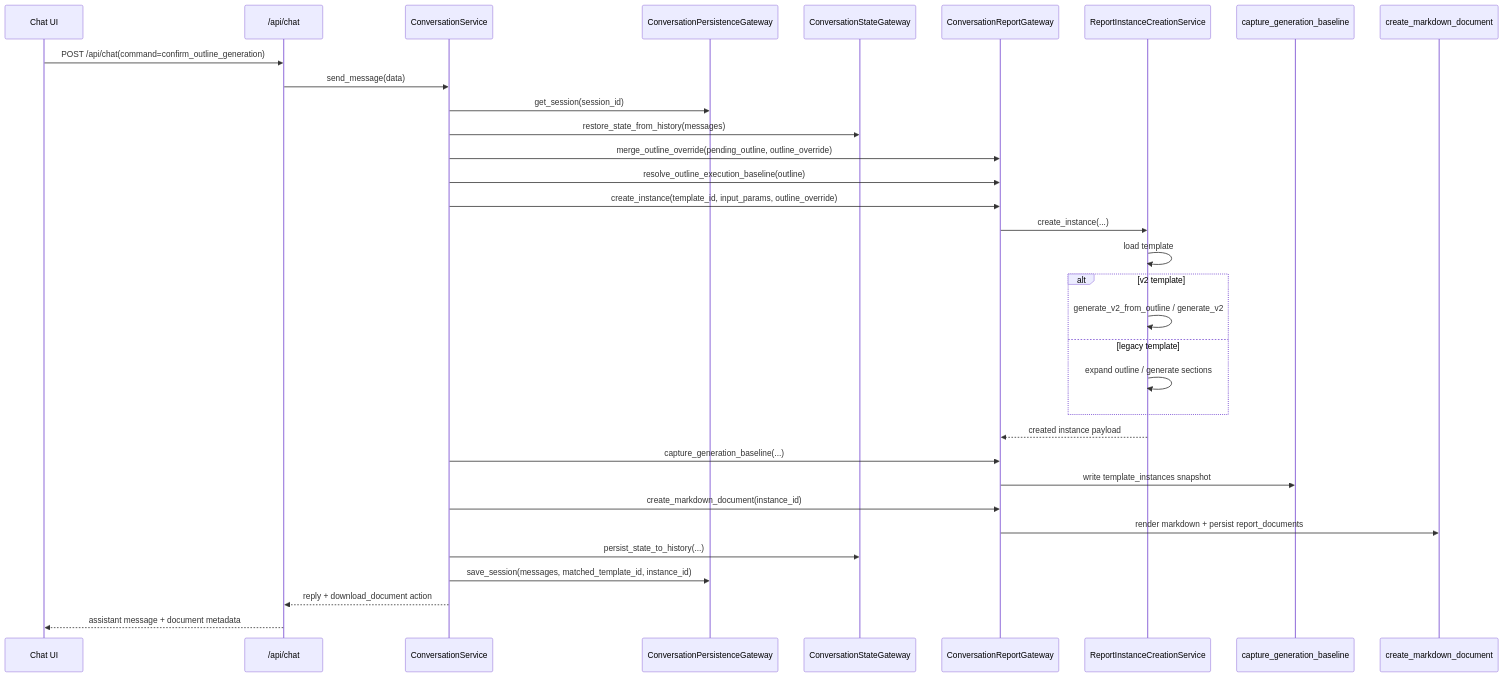
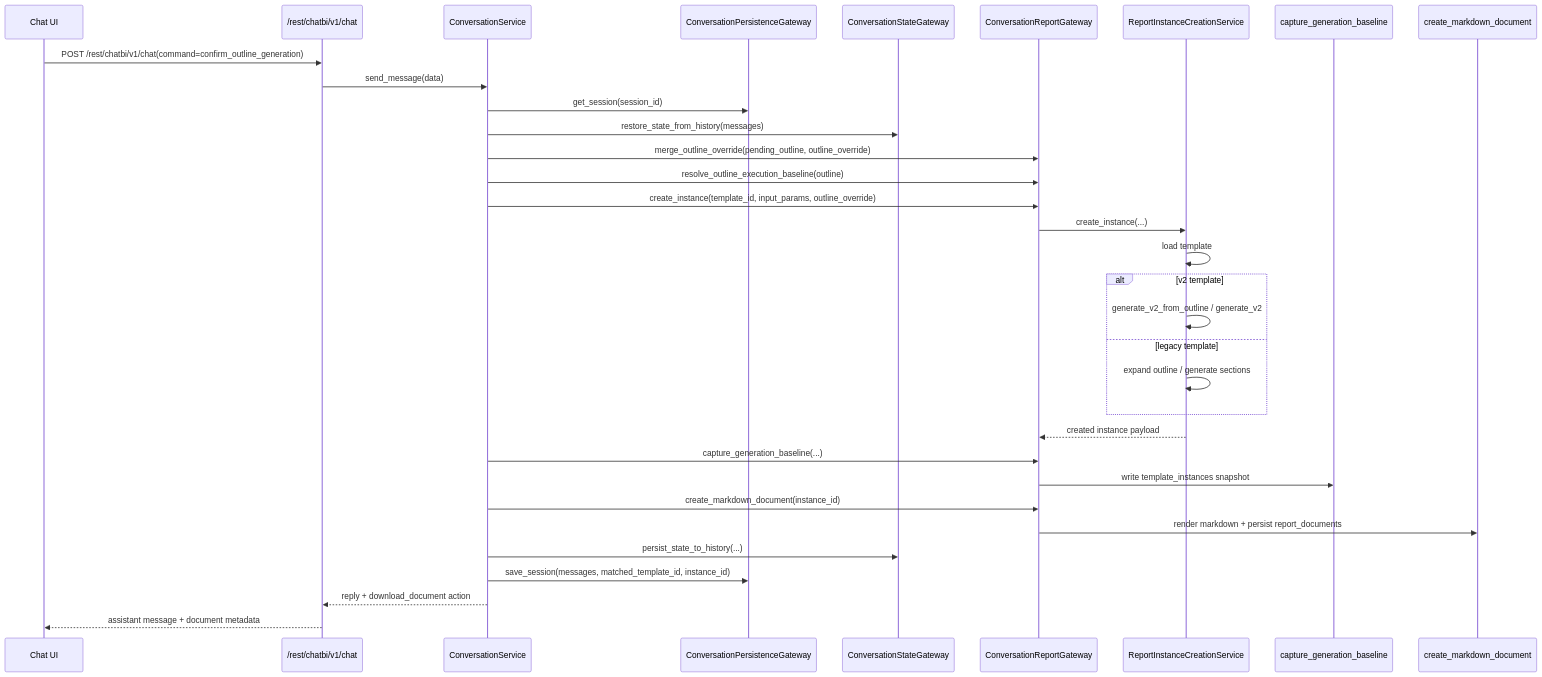
The first of 3 diagrams in design/implementation/runtime_sequences.md (shel447/ReportSystem), drawn with Mermaid before and after one commit. The commit also changed other lines of this file and 25 other files, not shown here.

Commit message:
feat: move api routes to rest prefixes

````diff
--- a/design/implementation/runtime_sequences.md
+++ b/design/implementation/runtime_sequences.md
@@ -19,36 +19,36 @@
 ```mermaid
 sequenceDiagram
     participant UI as Chat UI
-    participant API as /api/chat
+    participant API as /rest/chatbi/v1/chat
     participant Conv as ConversationService
     participant Persist as ConversationPersistenceGateway
     participant State as ConversationStateGateway
     participant Report as ConversationReportGateway
     participant Runtime as ReportInstanceCreationService
     participant Baseline as capture_generation_baseline
     participant Doc as create_markdown_document
 
-    UI->>API: POST /api/chat(command=confirm_outline_generation)
+    UI->>API: POST /rest/chatbi/v1/chat(command=confirm_outline_generation)
     API->>Conv: send_message(data)
     Conv->>Persist: get_session(session_id)
     Conv->>State: restore_state_from_history(messages)
     Conv->>Report: merge_outline_override(pending_outline, outline_override)
     Conv->>Report: resolve_outline_execution_baseline(outline)
     Conv->>Report: create_instance(template_id, input_params, outline_override)
     Report->>Runtime: create_instance(...)
     Runtime->>Runtime: load template
     alt v2 template
         Runtime->>Runtime: generate_v2_from_outline / generate_v2
     else legacy template
         Runtime->>Runtime: expand outline / generate sections
     end
     Runtime-->>Report: created instance payload
     Conv->>Report: capture_generation_baseline(...)
     Report->>Baseline: write template_instances snapshot
     Conv->>Report: create_markdown_document(instance_id)
     Report->>Doc: render markdown + persist report_documents
     Conv->>State: persist_state_to_history(...)
     Conv->>Persist: save_session(messages, matched_template_id, instance_id)
     Conv-->>API: reply + download_document action
     API-->>UI: assistant message + document metadata
 ```
````
